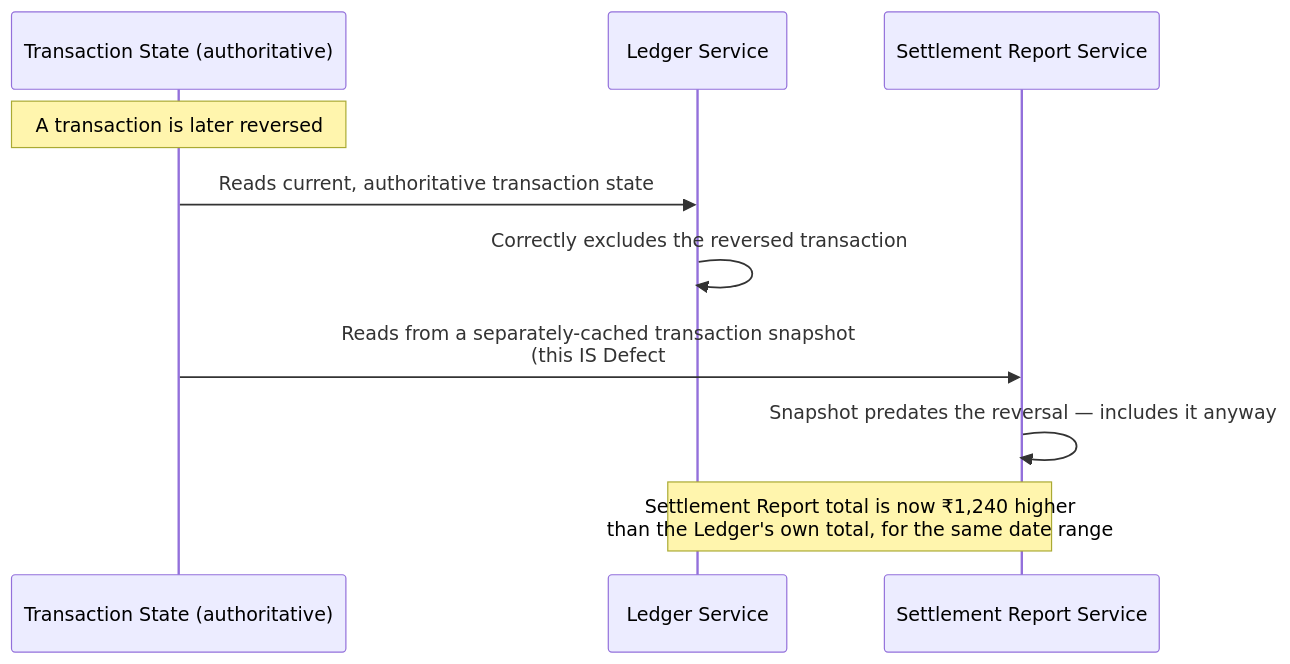
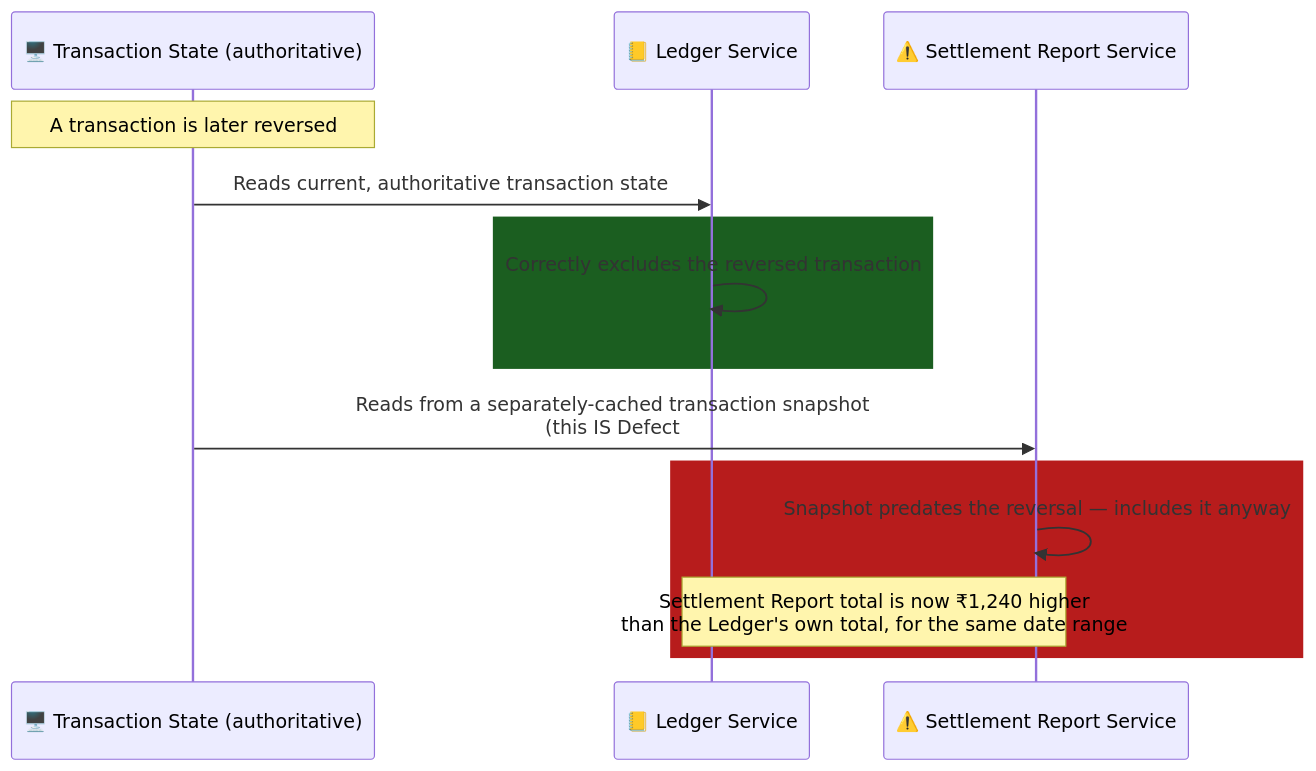
The sixth of 6 diagrams in docs/architecture-and-flow.md (ghanendra-sdet/fintech-collection-engine), drawn with Mermaid before and after one commit. The commit also changed other lines of this file, not shown here.

Commit message:
docs: enhance architecture diagrams with semantic coloring and icons

````diff
--- a/docs/architecture-and-flow.md
+++ b/docs/architecture-and-flow.md
@@ -107,13 +129,17 @@
 ```mermaid
 sequenceDiagram
-    participant Txn as Transaction State (authoritative)
-    participant Ledger as Ledger Service
-    participant SettleRpt as Settlement Report Service
+    participant Txn as 🖥️ Transaction State (authoritative)
+    participant Ledger as 📒 Ledger Service
+    participant SettleRpt as ⚠️ Settlement Report Service
 
     Note over Txn: A transaction is later reversed
     Txn->>Ledger: Reads current, authoritative transaction state
+    rect rgb(27, 94, 32)
     Ledger->>Ledger: Correctly excludes the reversed transaction
+    end
     Txn->>SettleRpt: Reads from a separately-cached transaction snapshot<br/>(this IS Defect #3's actual root cause)
+    rect rgb(183, 28, 28)
     SettleRpt->>SettleRpt: Snapshot predates the reversal — includes it anyway
     Note over Ledger,SettleRpt: Settlement Report total is now ₹1,240 higher<br/>than the Ledger's own total, for the same date range
+    end
 ```
````
